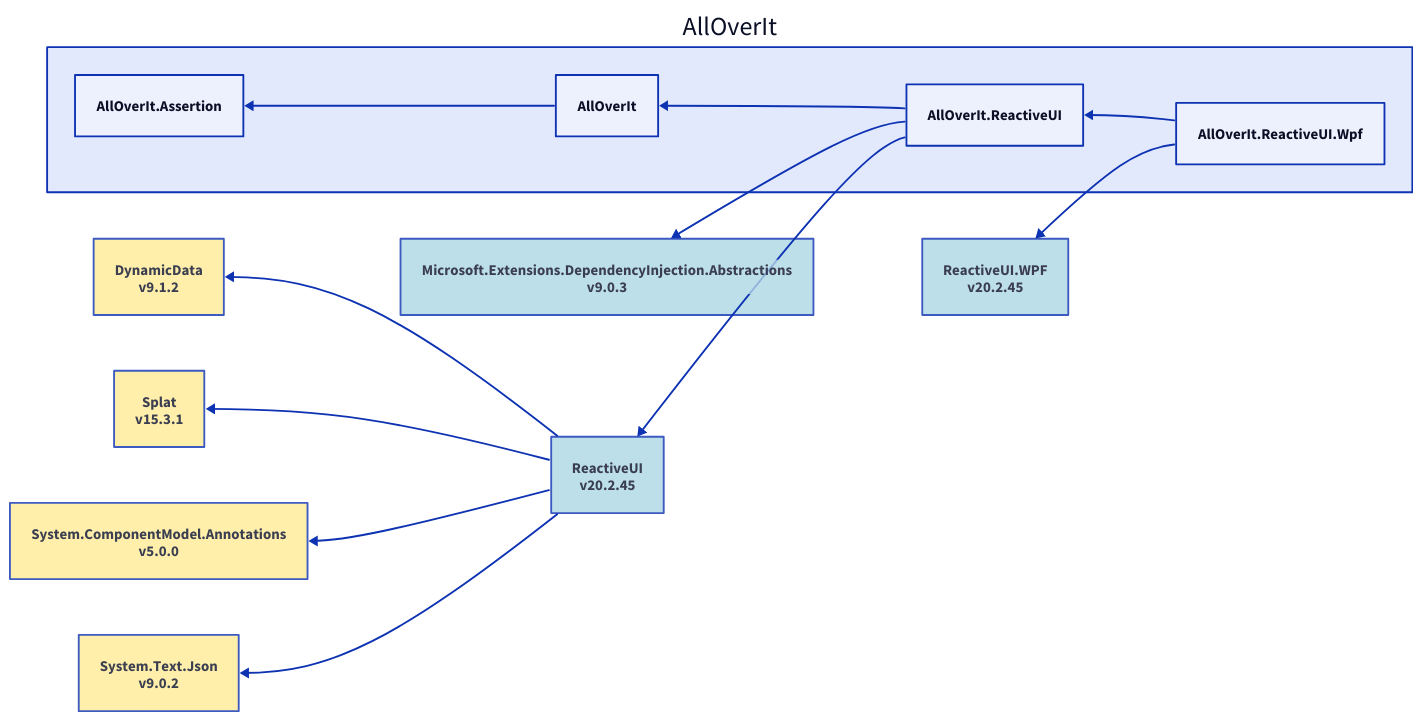
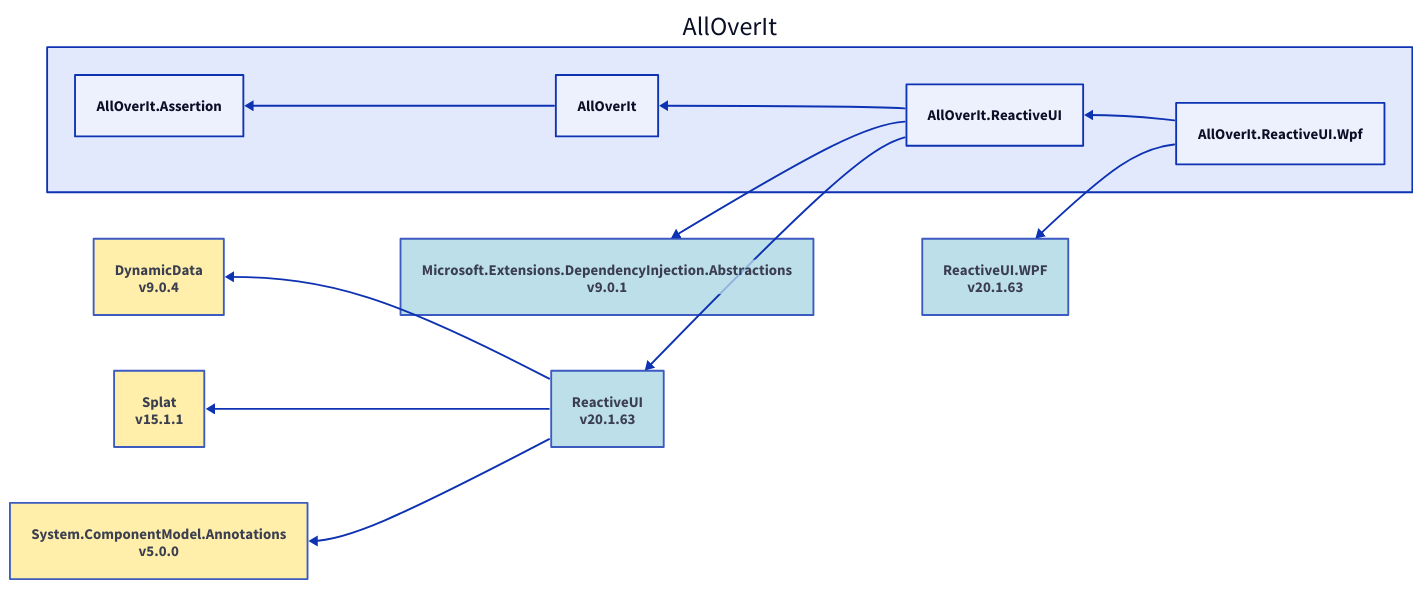
The diagram in Docs/Reference/Content/images/dependencies/net8.0/alloverit-reactiveui-wpf.d2 (mjfreelancing/AllOverIt), drawn with D2 before and after one commit. The commit also changed 65 other files, not shown here.

```diff
--- a/Docs/Reference/Content/images/dependencies/net8.0/alloverit-reactiveui-wpf.d2
+++ b/Docs/Reference/Content/images/dependencies/net8.0/alloverit-reactiveui-wpf.d2
@@ -1,38 +1,34 @@
 direction: left
 
 aoi: AllOverIt
 aoi.alloverit-reactiveui-wpf: AllOverIt.ReactiveUI.Wpf
-reactiveui-wpf_20-2-45: ReactiveUI.WPF\nv20.2.45
-reactiveui-wpf_20-2-45.style.fill: "#ADD8E6"
-reactiveui-wpf_20-2-45.style.opacity: 0.8
-reactiveui-wpf_20-2-45 <- aoi.alloverit-reactiveui-wpf
+reactiveui-wpf_20-1-63: ReactiveUI.WPF\nv20.1.63
+reactiveui-wpf_20-1-63.style.fill: "#ADD8E6"
+reactiveui-wpf_20-1-63.style.opacity: 0.8
+reactiveui-wpf_20-1-63 <- aoi.alloverit-reactiveui-wpf
 aoi.alloverit-reactiveui: AllOverIt.ReactiveUI
-microsoft-extensions-dependencyinjection-abstractions_9-0-3: Microsoft.Extensions.DependencyInjection.Abstractions\nv9.0.3
-microsoft-extensions-dependencyinjection-abstractions_9-0-3.style.fill: "#ADD8E6"
-microsoft-extensions-dependencyinjection-abstractions_9-0-3.style.opacity: 0.8
-microsoft-extensions-dependencyinjection-abstractions_9-0-3 <- aoi.alloverit-reactiveui
-reactiveui_20-2-45: ReactiveUI\nv20.2.45
-reactiveui_20-2-45.style.fill: "#ADD8E6"
-reactiveui_20-2-45.style.opacity: 0.8
-dynamicdata_9-1-2: DynamicData\nv9.1.2
-dynamicdata_9-1-2.style.fill: "#FFEC96"
-dynamicdata_9-1-2.style.opacity: 0.8
-dynamicdata_9-1-2 <- reactiveui_20-2-45
-splat_15-3-1: Splat\nv15.3.1
-splat_15-3-1.style.fill: "#FFEC96"
-splat_15-3-1.style.opacity: 0.8
-splat_15-3-1 <- reactiveui_20-2-45
+microsoft-extensions-dependencyinjection-abstractions_9-0-1: Microsoft.Extensions.DependencyInjection.Abstractions\nv9.0.1
+microsoft-extensions-dependencyinjection-abstractions_9-0-1.style.fill: "#ADD8E6"
+microsoft-extensions-dependencyinjection-abstractions_9-0-1.style.opacity: 0.8
+microsoft-extensions-dependencyinjection-abstractions_9-0-1 <- aoi.alloverit-reactiveui
+reactiveui_20-1-63: ReactiveUI\nv20.1.63
+reactiveui_20-1-63.style.fill: "#ADD8E6"
+reactiveui_20-1-63.style.opacity: 0.8
+dynamicdata_9-0-4: DynamicData\nv9.0.4
+dynamicdata_9-0-4.style.fill: "#FFEC96"
+dynamicdata_9-0-4.style.opacity: 0.8
+dynamicdata_9-0-4 <- reactiveui_20-1-63
+splat_15-1-1: Splat\nv15.1.1
+splat_15-1-1.style.fill: "#FFEC96"
+splat_15-1-1.style.opacity: 0.8
+splat_15-1-1 <- reactiveui_20-1-63
 system-componentmodel-annotations_5-0-0: System.ComponentModel.Annotations\nv5.0.0
 system-componentmodel-annotations_5-0-0.style.fill: "#FFEC96"
 system-componentmodel-annotations_5-0-0.style.opacity: 0.8
-system-componentmodel-annotations_5-0-0 <- reactiveui_20-2-45
-system-text-json_9-0-2: System.Text.Json\nv9.0.2
-system-text-json_9-0-2.style.fill: "#FFEC96"
-system-text-json_9-0-2.style.opacity: 0.8
-system-text-json_9-0-2 <- reactiveui_20-2-45
-reactiveui_20-2-45 <- aoi.alloverit-reactiveui
+system-componentmodel-annotations_5-0-0 <- reactiveui_20-1-63
+reactiveui_20-1-63 <- aoi.alloverit-reactiveui
 aoi.alloverit: AllOverIt
 aoi.alloverit-assertion: AllOverIt.Assertion
 aoi.alloverit-assertion <- aoi.alloverit
 aoi.alloverit <- aoi.alloverit-reactiveui
 aoi.alloverit-reactiveui <- aoi.alloverit-reactiveui-wpf
```
